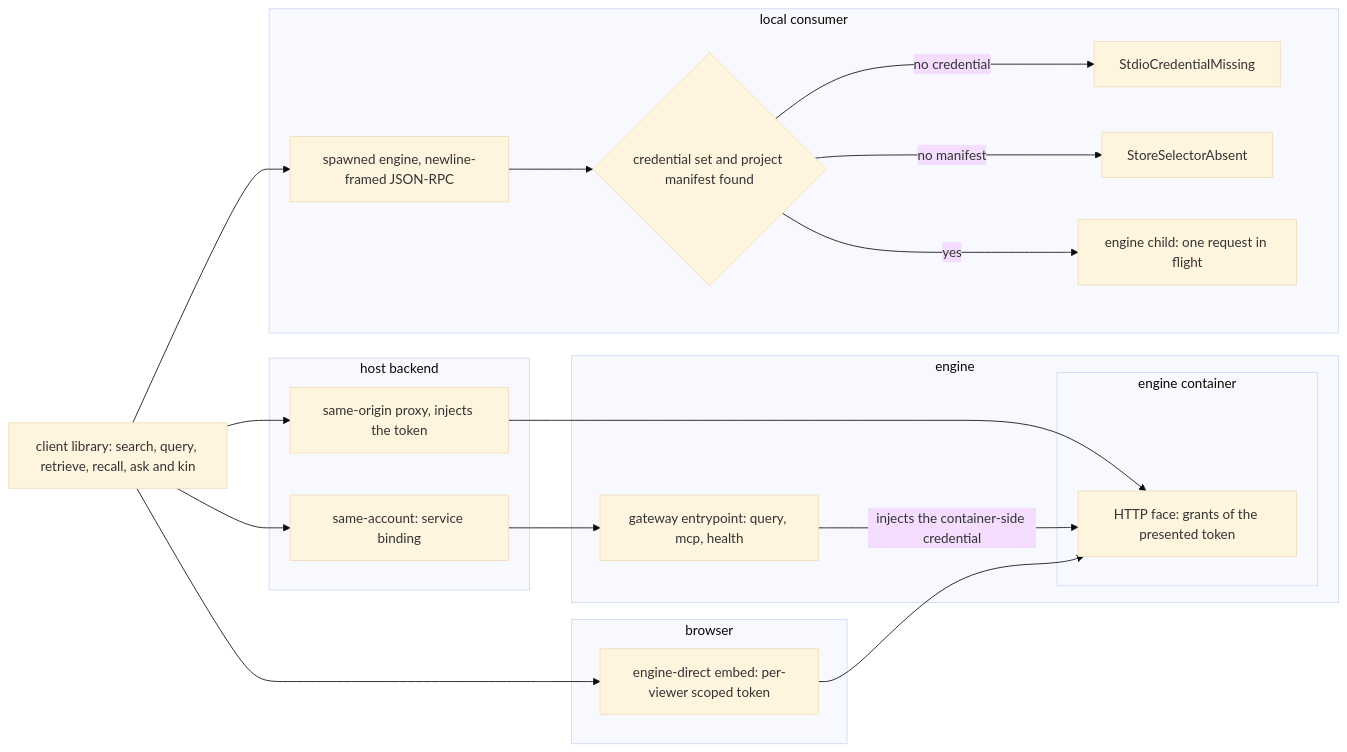
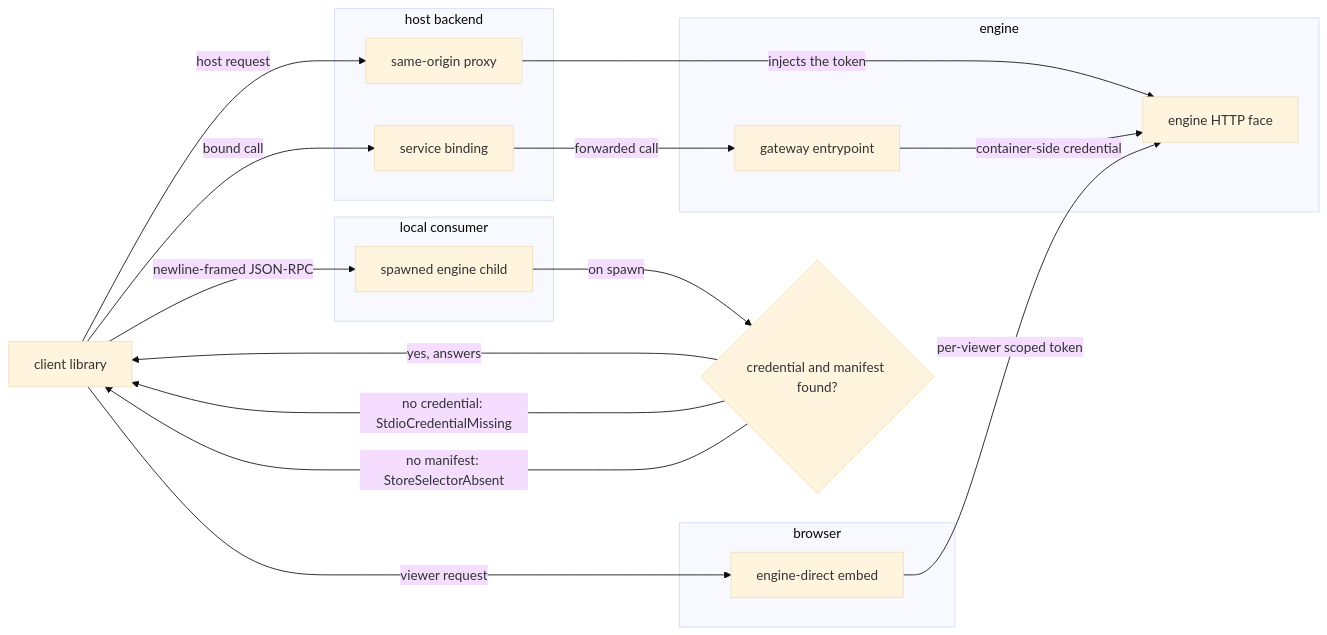
The second of 5 diagrams in spec/71-console.md (fractalboxdev/contextful), drawn with Mermaid (base theme) before and after one commit. The commit also changed other lines of this file and 44 other files, not shown here.

First line of the commit message:
spec: diagrams draw entities and flows, and the checker enforces it (#12)

````diff
--- a/spec/71-console.md
+++ b/spec/71-console.md
@@ -99,36 +90,30 @@
 ```mermaid
 flowchart LR
-  LIB["client library: search, query, retrieve, recall, ask and kin"]
+  LIB["client library"]
   subgraph host["host backend"]
-    S1["same-origin proxy, injects the token"]
-    S2["same-account: service binding"]
+    S1["same-origin proxy"]
+    S2["service binding"]
   end
   subgraph browser["browser"]
-    S3["engine-direct embed: per-viewer scoped token"]
+    S3["engine-direct embed"]
   end
   subgraph local["local consumer"]
-    S4["spawned engine, newline-framed JSON-RPC"]
-    CK{"credential set and project manifest found"}
-    E1["StdioCredentialMissing"]
-    E2["StoreSelectorAbsent"]
-    CHILD["engine child: one request in flight"]
+    S4["spawned engine child"]
   end
   subgraph engine["engine"]
-    GW["gateway entrypoint: query, mcp, health"]
-    subgraph container["engine container"]
-      ENG["HTTP face: grants of the presented token"]
-    end
+    GW["gateway entrypoint"]
+    ENG["engine HTTP face"]
   end
-  LIB --> S1
-  LIB --> S2
-  LIB --> S3
-  LIB --> S4
-  S1 --> ENG
-  S2 --> GW
-  GW -- "injects the container-side credential" --> ENG
-  S3 --> ENG
-  S4 --> CK
-  CK -- "no credential" --> E1
-  CK -- "no manifest" --> E2
-  CK -- "yes" --> CHILD
+  LIB -->|"host request"| S1
+  LIB -->|"bound call"| S2
+  LIB -->|"viewer request"| S3
+  LIB -->|"newline-framed JSON-RPC"| S4
+  S1 -->|"injects the token"| ENG
+  S2 -->|"forwarded call"| GW
+  GW -->|"container-side credential"| ENG
+  S3 -->|"per-viewer scoped token"| ENG
+  S4 -->|"on spawn"| CK{"credential and manifest found?"}
+  CK -->|"yes, answers"| LIB
+  CK -->|"no credential: StdioCredentialMissing"| LIB
+  CK -->|"no manifest: StoreSelectorAbsent"| LIB
 ```
````
